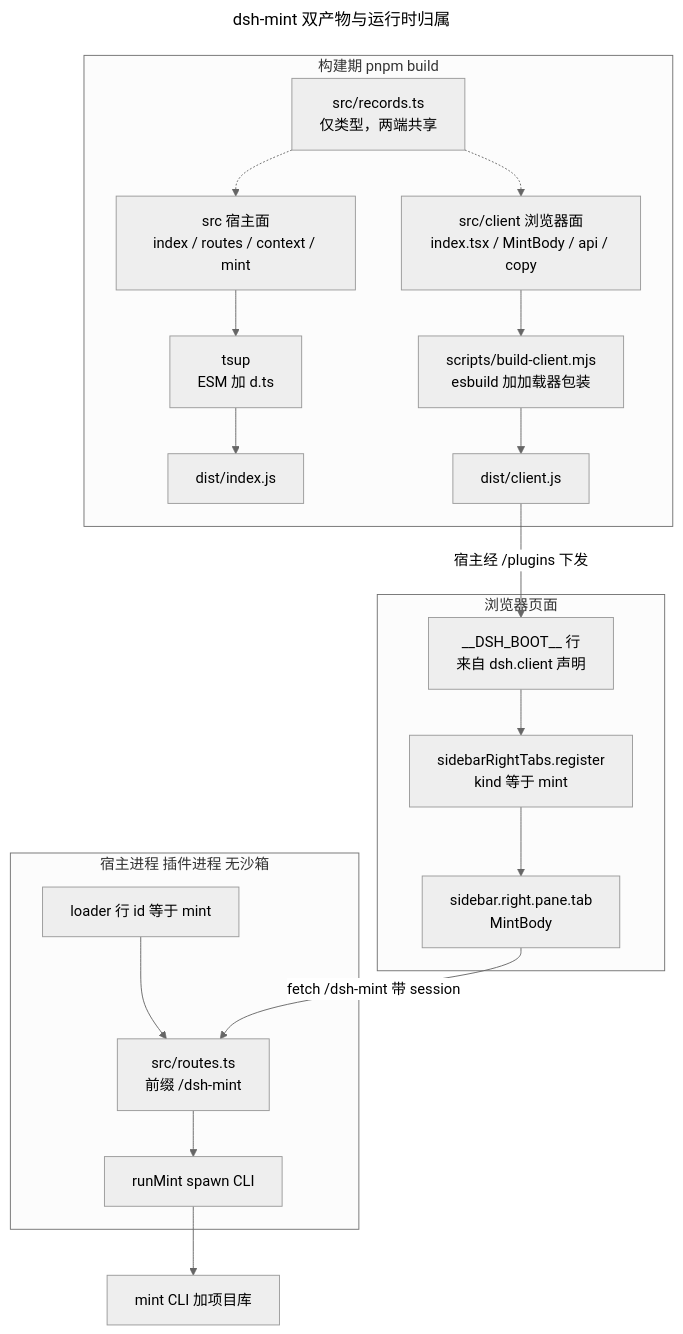
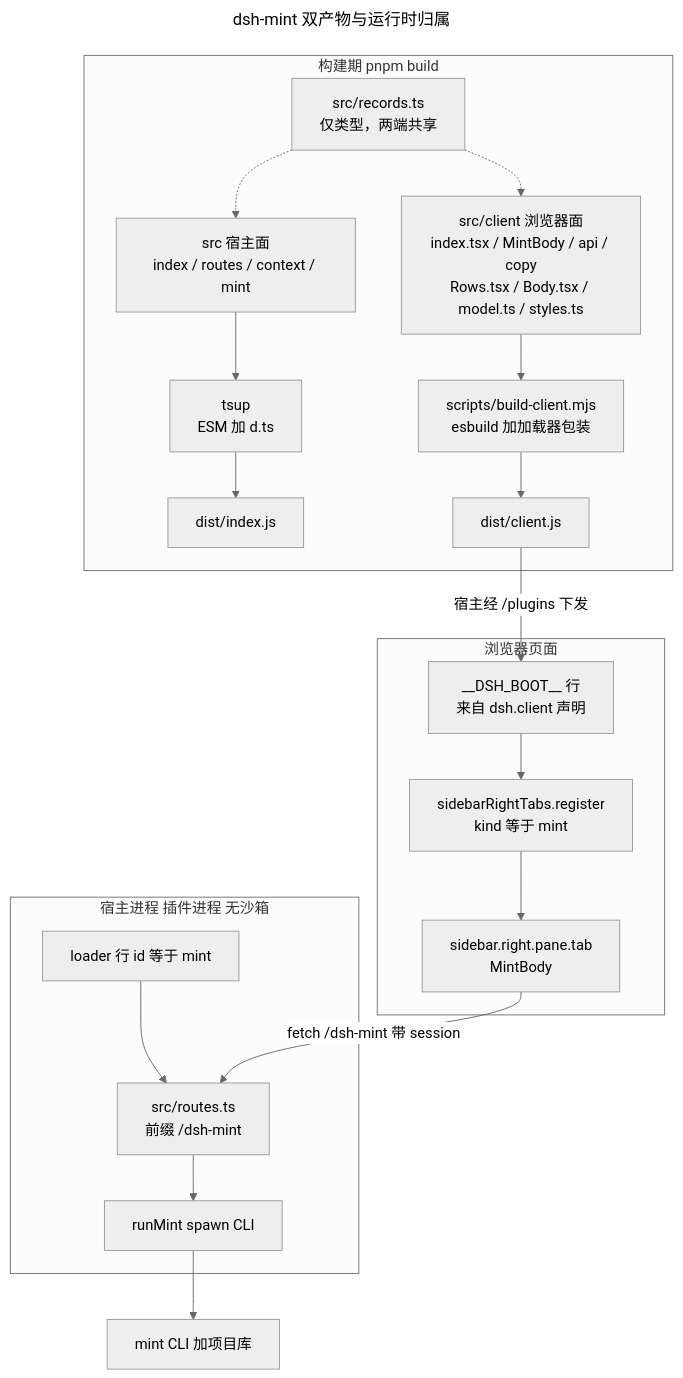
The first of 2 diagrams in notes/client-architecture.md (yanqd0/dsh-mint), drawn with Mermaid (neutral theme) before and after one commit. The commit also changed other lines of this file and 1 other file, not shown here.

````diff
--- a/notes/client-architecture.md
+++ b/notes/client-architecture.md
@@ -24,32 +24,32 @@
 ```mermaid
 ---
 title: dsh-mint 双产物与运行时归属
 ---
 flowchart TB
   subgraph build["构建期 pnpm build"]
     srchost["src 宿主面<br/>index / routes / context / mint"]
-    srcclient["src/client 浏览器面<br/>index.tsx / MintBody / api / copy"]
+    srcclient["src/client 浏览器面<br/>index.tsx / MintBody / api / copy<br/>Rows.tsx / Body.tsx / model.ts / styles.ts"]
     shared["src/records.ts<br/>仅类型，两端共享"]
     tsup["tsup<br/>ESM 加 d.ts"]
     esb["scripts/build-client.mjs<br/>esbuild 加加载器包装"]
     srchost --> tsup --> dhost["dist/index.js"]
     srcclient --> esb --> dclient["dist/client.js"]
     shared -.-> srchost
     shared -.-> srcclient
   end
   subgraph hostside["宿主进程 插件进程 无沙箱"]
     row["loader 行 id 等于 mint"]
     routes["src/routes.ts<br/>前缀 /dsh-mint"]
     runner["runMint spawn CLI"]
     row --> routes --> runner
   end
   subgraph pageside["浏览器页面"]
     boot["__DSH_BOOT__ 行<br/>来自 dsh.client 声明"]
     tabtype["sidebarRightTabs.register<br/>kind 等于 mint"]
     body["sidebar.right.pane.tab<br/>MintBody"]
     boot --> tabtype --> body
   end
   dclient -->|"宿主经 /plugins 下发"| boot
   body -->|"fetch /dsh-mint 带 session"| routes
   runner --> cli["mint CLI 加项目库"]
 ```
````
